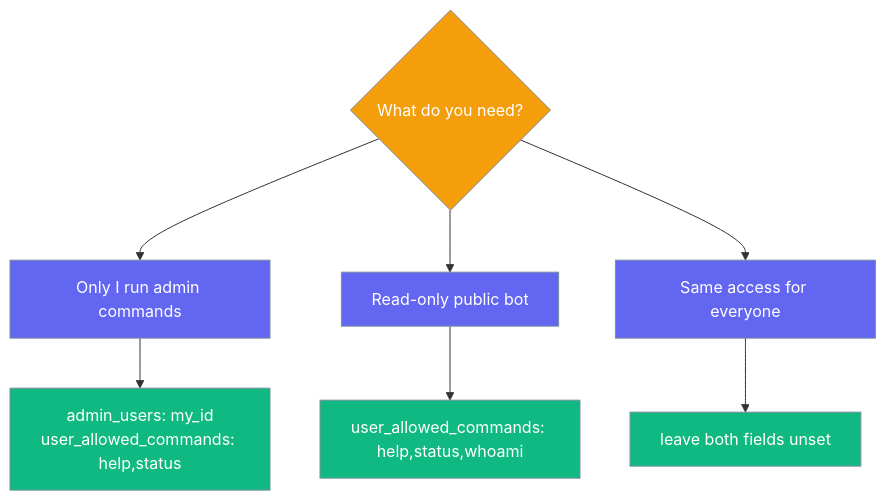
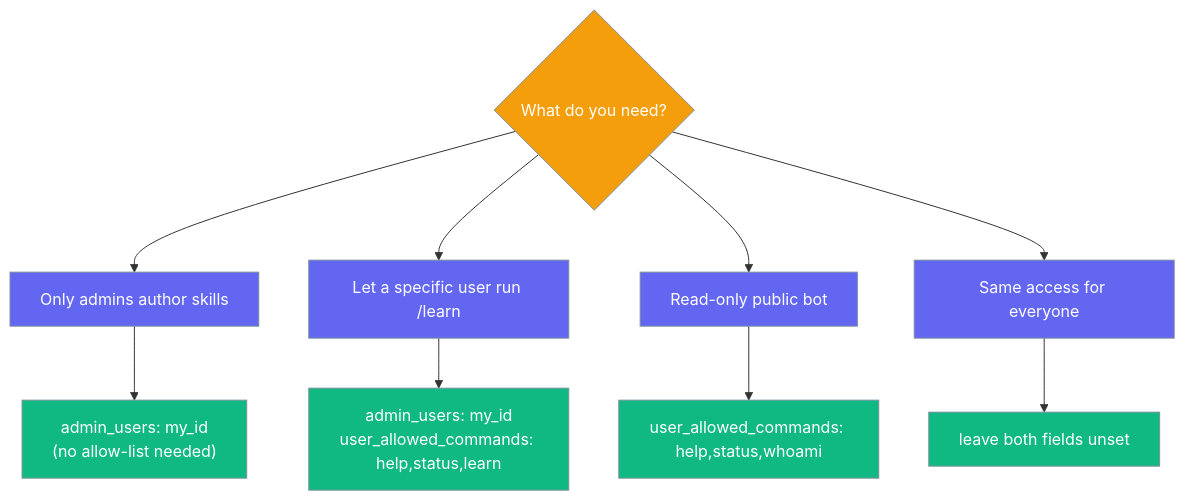
The third of 3 diagrams in docs/features/bot-command-access-control.mdx (MervinPraison/PraisonAIDocs), drawn with Mermaid before and after one commit. The commit also changed other lines of this file and 1 other file, not shown here.

First line of the commit message:
docs(features/bot-command-access-control): cover Slack + Discord and PRIVILEGED_COMMANDS guard (fixes #893)

````diff
--- a/docs/features/bot-command-access-control.mdx
+++ b/docs/features/bot-command-access-control.mdx
@@ -136,18 +189,20 @@
 ```mermaid
 graph TB
-    Start{What do you need?} --> AdminOnly[Only I run admin commands]
+    Start{What do you need?} --> AdminOnly[Only admins author skills]
+    Start --> GrantLearn[Let a specific user run /learn]
     Start --> Read[Read-only public bot]
     Start --> Open[Same access for everyone]
 
-    AdminOnly --> A1["admin_users: my_id<br/>user_allowed_commands: help,status"]
+    AdminOnly --> A1["admin_users: my_id<br/>(no allow-list needed)"]
+    GrantLearn --> G1["admin_users: my_id<br/>user_allowed_commands: help,status,learn"]
     Read --> R1["user_allowed_commands: help,status,whoami"]
     Open --> O1["leave both fields unset"]
 
     classDef q fill:#F59E0B,stroke:#7C90A0,color:#fff
     classDef opt fill:#6366F1,stroke:#7C90A0,color:#fff
     classDef ans fill:#10B981,stroke:#7C90A0,color:#fff
 
     class Start q
-    class AdminOnly,Read,Open opt
-    class A1,R1,O1 ans
+    class AdminOnly,GrantLearn,Read,Open opt
+    class A1,G1,R1,O1 ans
 ```
````
